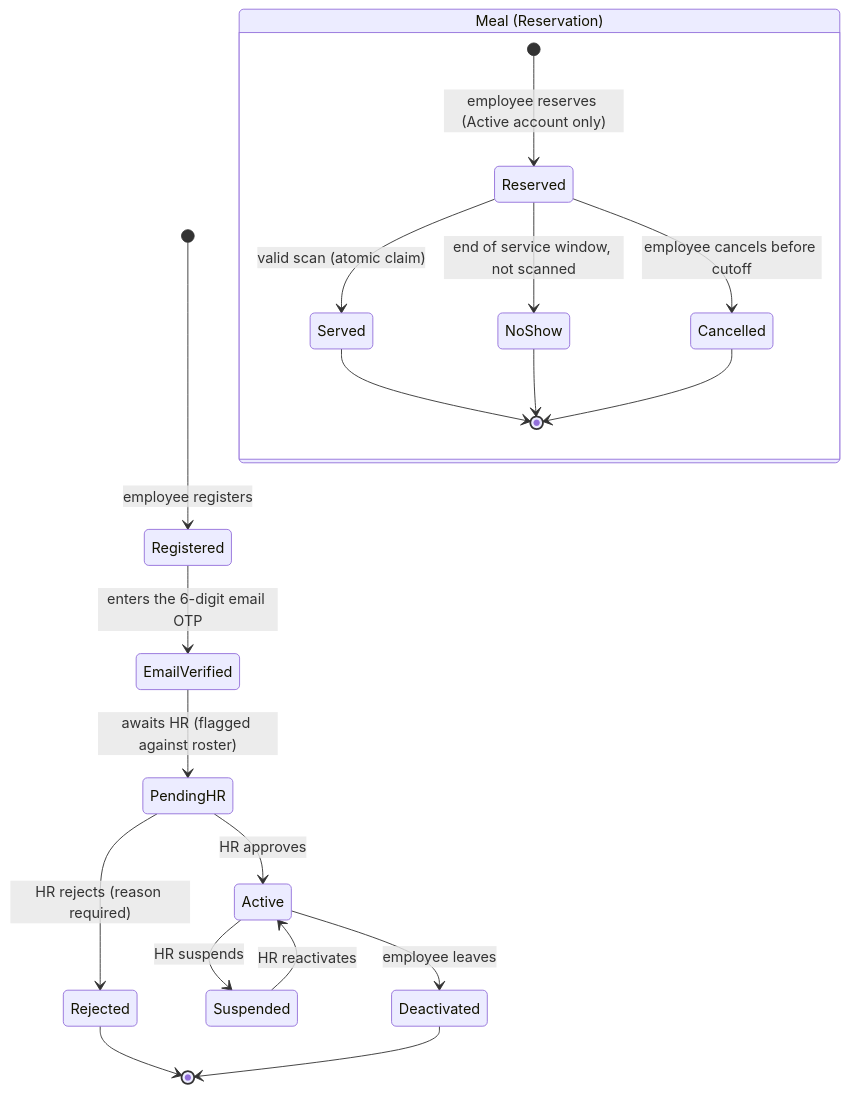
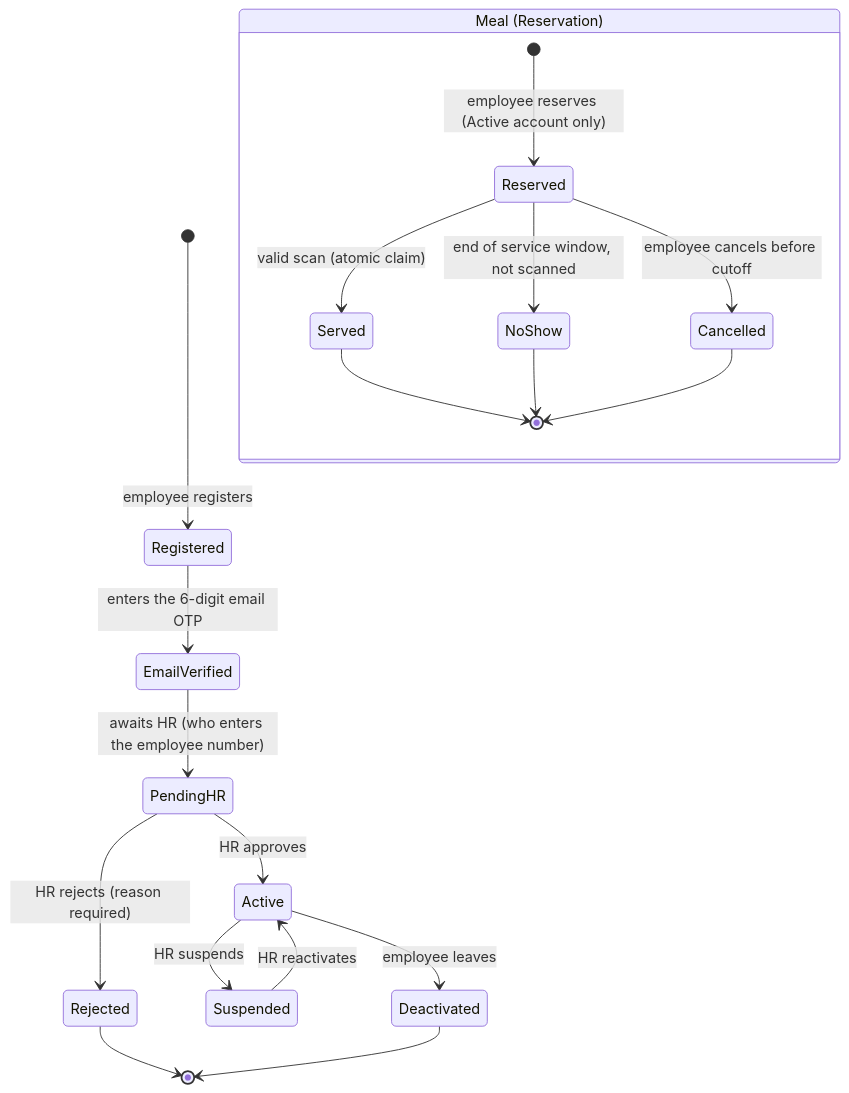
The third of 4 diagrams in docs/cahier-des-charges.md (ahmeds1001/app-canteen), drawn with Mermaid before and after one commit. The commit also changed other lines of this file and 24 other files, not shown here.

First line of the commit message:
HR enters the employee number at approval, not the employee

````diff
--- a/docs/cahier-des-charges.md
+++ b/docs/cahier-des-charges.md
@@ -513,23 +513,23 @@
 ```mermaid
 stateDiagram-v2
     [*] --> Registered : employee registers
     Registered --> EmailVerified : enters the 6-digit email OTP
-    EmailVerified --> PendingHR : awaits HR (flagged against roster)
+    EmailVerified --> PendingHR : awaits HR (who enters the employee number)
     PendingHR --> Active : HR approves
     PendingHR --> Rejected : HR rejects (reason required)
     Active --> Suspended : HR suspends
     Suspended --> Active : HR reactivates
     Active --> Deactivated : employee leaves
     Rejected --> [*]
     Deactivated --> [*]
 
     state "Meal (Reservation)" as Meal {
         [*] --> Reserved : employee reserves (Active account only)
         Reserved --> Cancelled : employee cancels before cutoff
         Reserved --> Served : valid scan (atomic claim)
         Reserved --> NoShow : end of service window, not scanned
         Served --> [*]
         NoShow --> [*]
         Cancelled --> [*]
     }
 ```
````
